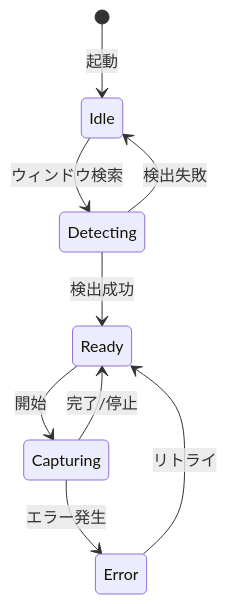
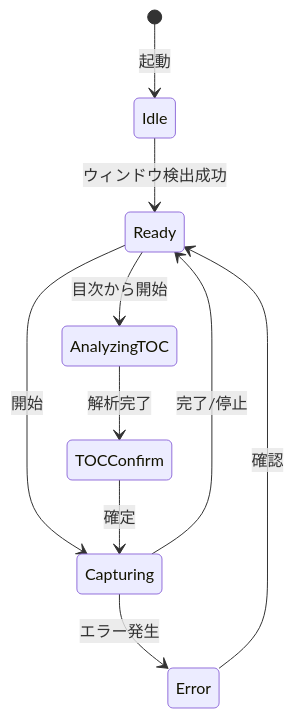
One commit to monokuma201607/kindle-to-pdf changed the second of 2 diagrams in docs/02_functional_specification.md. Above: the diagram before and after it, drawn with Mermaid. The commit also changed other lines of this file and 4 other files, not shown here.

````diff
--- a/docs/02_functional_specification.md
+++ b/docs/02_functional_specification.md
@@ -140,11 +122,12 @@
 ```mermaid
 stateDiagram-v2
     [*] --> Idle: 起動
-    Idle --> Detecting: ウィンドウ検索
-    Detecting --> Ready: 検出成功
-    Detecting --> Idle: 検出失敗
+    Idle --> Ready: ウィンドウ検出成功
     Ready --> Capturing: 開始
+    Ready --> AnalyzingTOC: 目次から開始
+    AnalyzingTOC --> TOCConfirm: 解析完了
+    TOCConfirm --> Capturing: 確定
     Capturing --> Ready: 完了/停止
     Capturing --> Error: エラー発生
-    Error --> Ready: リトライ
+    Error --> Ready: 確認
 ```
````
